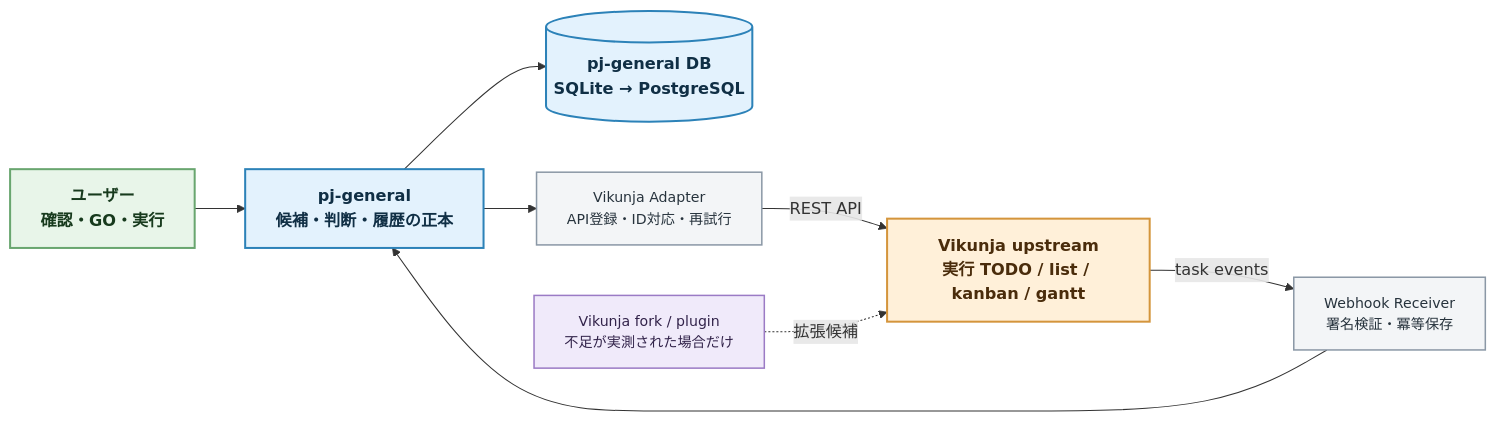
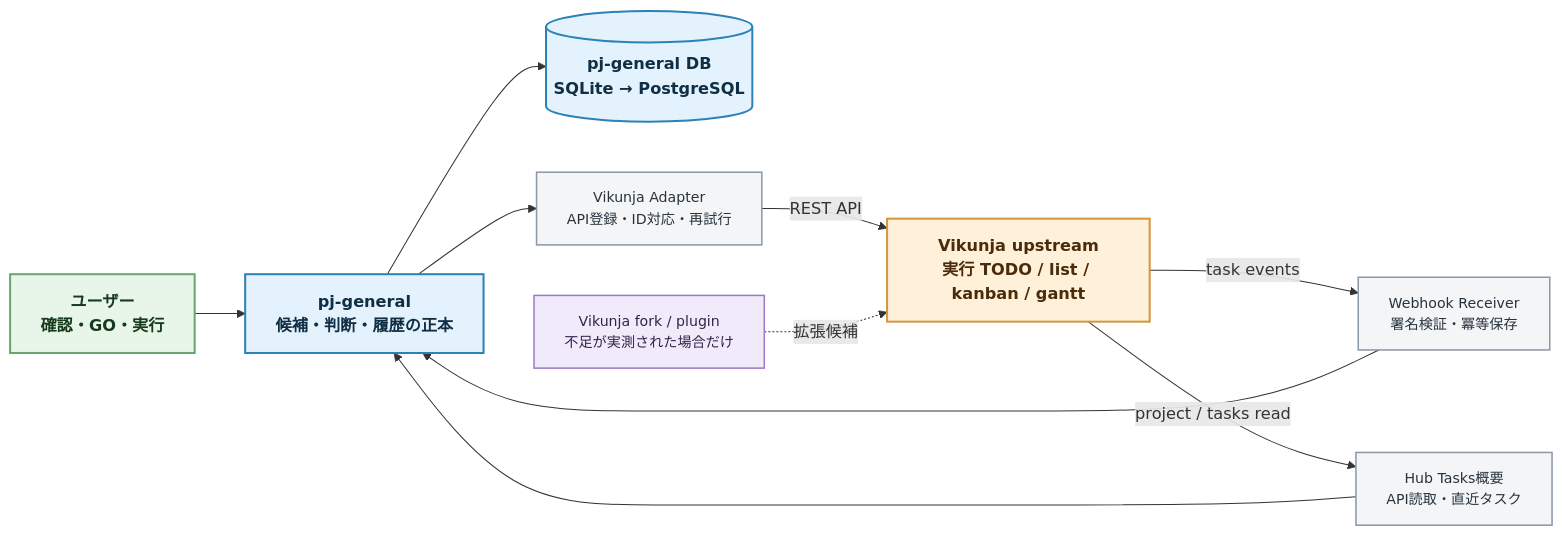
One commit to rohto4/my-pj-general changed the first of 3 diagrams in docs/arch/vikunja-pj-general-integration-architecture-2026-07.md. Above: the diagram before and after it, drawn with Mermaid. The commit also changed other lines of this file and 16 other files, not shown here.

Commit message:
feat: connect Hub overview to Vikunja tasks

````diff
--- a/docs/arch/vikunja-pj-general-integration-architecture-2026-07.md
+++ b/docs/arch/vikunja-pj-general-integration-architecture-2026-07.md
@@ -20,24 +22,26 @@
 ```mermaid
 flowchart LR
     User["ユーザー\n確認・GO・実行"]:::actor
     PJ["pj-general\n候補・判断・履歴の正本"]:::primary
     DB[("pj-general DB\nSQLite → PostgreSQL")]:::primary
     Adapter["Vikunja Adapter\nAPI登録・ID対応・再試行"]:::support
     VJ["Vikunja upstream\n実行 TODO / list / kanban / gantt"]:::external
     Hook["Webhook Receiver\n署名検証・冪等保存"]:::support
+    Overview["Hub Tasks概要\nAPI読取・直近タスク"]:::support
     Fork["Vikunja fork / plugin\n不足が実測された場合だけ"]:::optional
 
     User --> PJ
     PJ --> DB
     PJ --> Adapter
     Adapter -->|REST API| VJ
     VJ -->|task events| Hook
     Hook --> PJ
+    VJ -->|project / tasks read| Overview --> PJ
     Fork -.->|拡張候補| VJ
 
     classDef actor fill:#e8f5e9,stroke:#69a66f,color:#173a1d,stroke-width:2px,font-size:16px,font-weight:bold
     classDef primary fill:#e3f2fd,stroke:#2c82b8,color:#102f45,stroke-width:2px,font-size:16px,font-weight:bold
     classDef support fill:#f3f5f7,stroke:#8b98a6,color:#27333d,stroke-width:1.5px,font-size:14px
     classDef external fill:#fff0d9,stroke:#d4953c,color:#4a2c0b,stroke-width:2px,font-size:16px,font-weight:bold
     classDef optional fill:#f0eafa,stroke:#9b7bc5,color:#32234a,stroke-width:1.5px,font-size:14px
 ```
````
